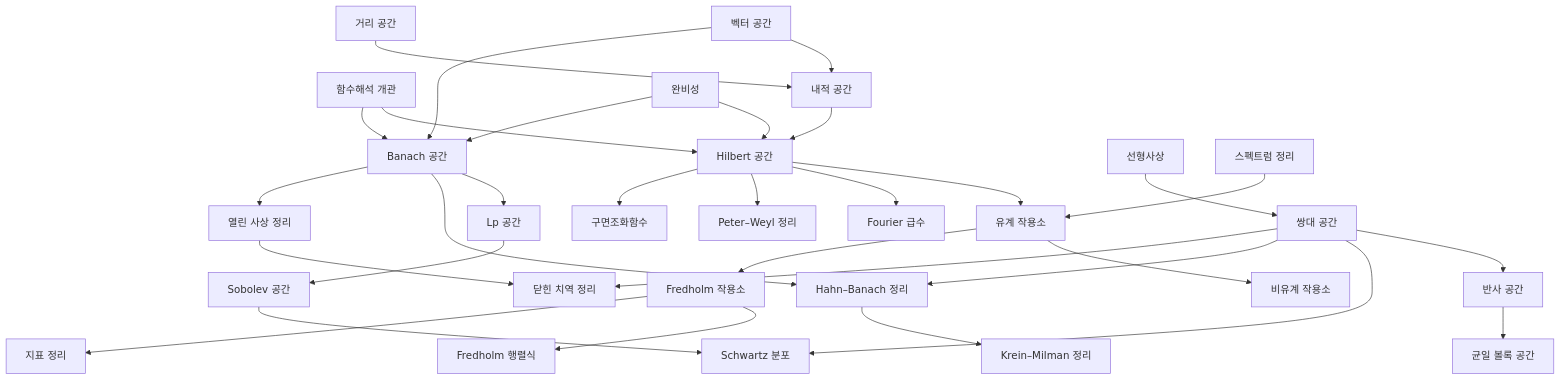
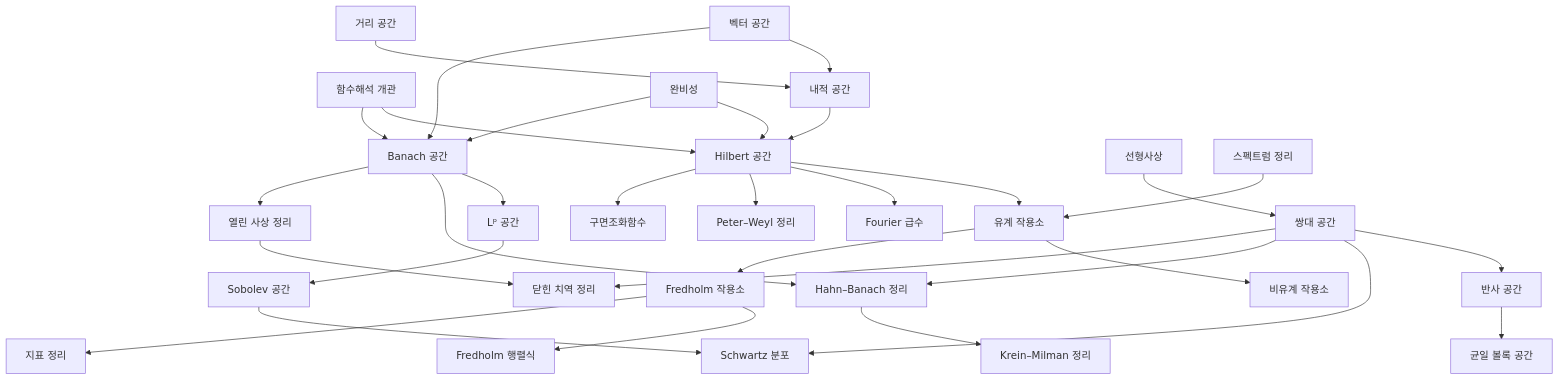
Before and after one commit to Phryxia/math-map: the diagram in docs/functional-analysis-overview.md, drawn with Mermaid. The commit also changed 8 other files, not shown here.

````diff
--- a/docs/functional-analysis-overview.md
+++ b/docs/functional-analysis-overview.md
@@ -15,30 +15,30 @@
 ```mermaid
 graph TD
   FAO["함수해석 개관"] --> HS["Hilbert 공간"]
   FAO --> BS["Banach 공간"]
   VS["벡터 공간"] --> IPS["내적 공간"]
   MS["거리 공간"] --> IPS
   COMP["완비성"] --> HS
   IPS --> HS
   COMP --> BS
   VS --> BS
   LM["선형사상"] --> DS["쌍대 공간"]
-  BS --> LPS["Lp 공간"] --> SOB["Sobolev 공간"] --> SD["Schwartz 분포"]
+  BS --> LPS["Lᵖ 공간"] --> SOB["Sobolev 공간"] --> SD["Schwartz 분포"]
   DS --> RF["반사 공간"] --> UC["균일 볼록 공간"]
   DS --> SD
   BS --> HB["Hahn–Banach 정리"]
   DS --> HB
   HB --> KM["Krein–Milman 정리"]
   BS --> OMT["열린 사상 정리"]
   OMT --> CRT["닫힌 치역 정리"]
   DS --> CRT
   HS --> BO["유계 작용소"]
   ST["스펙트럼 정리"] --> BO
   BO --> UBO["비유계 작용소"]
   BO --> FO["Fredholm 작용소"]
   FO --> FD["Fredholm 행렬식"]
   FO --> IT["지표 정리"]
   HS --> FS["Fourier 급수"]
   HS --> PW["Peter–Weyl 정리"]
   HS --> SH["구면조화함수"]
 ```
````
